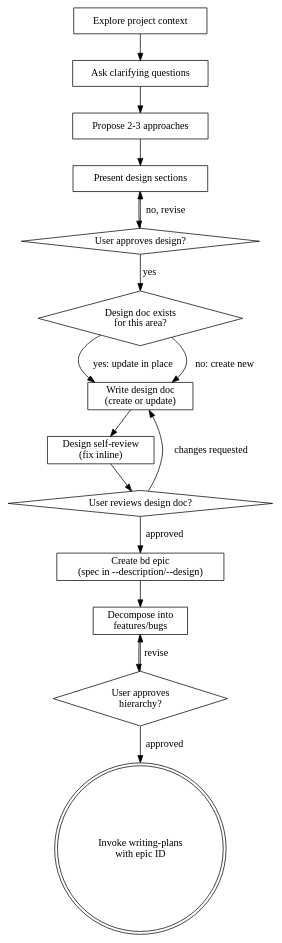
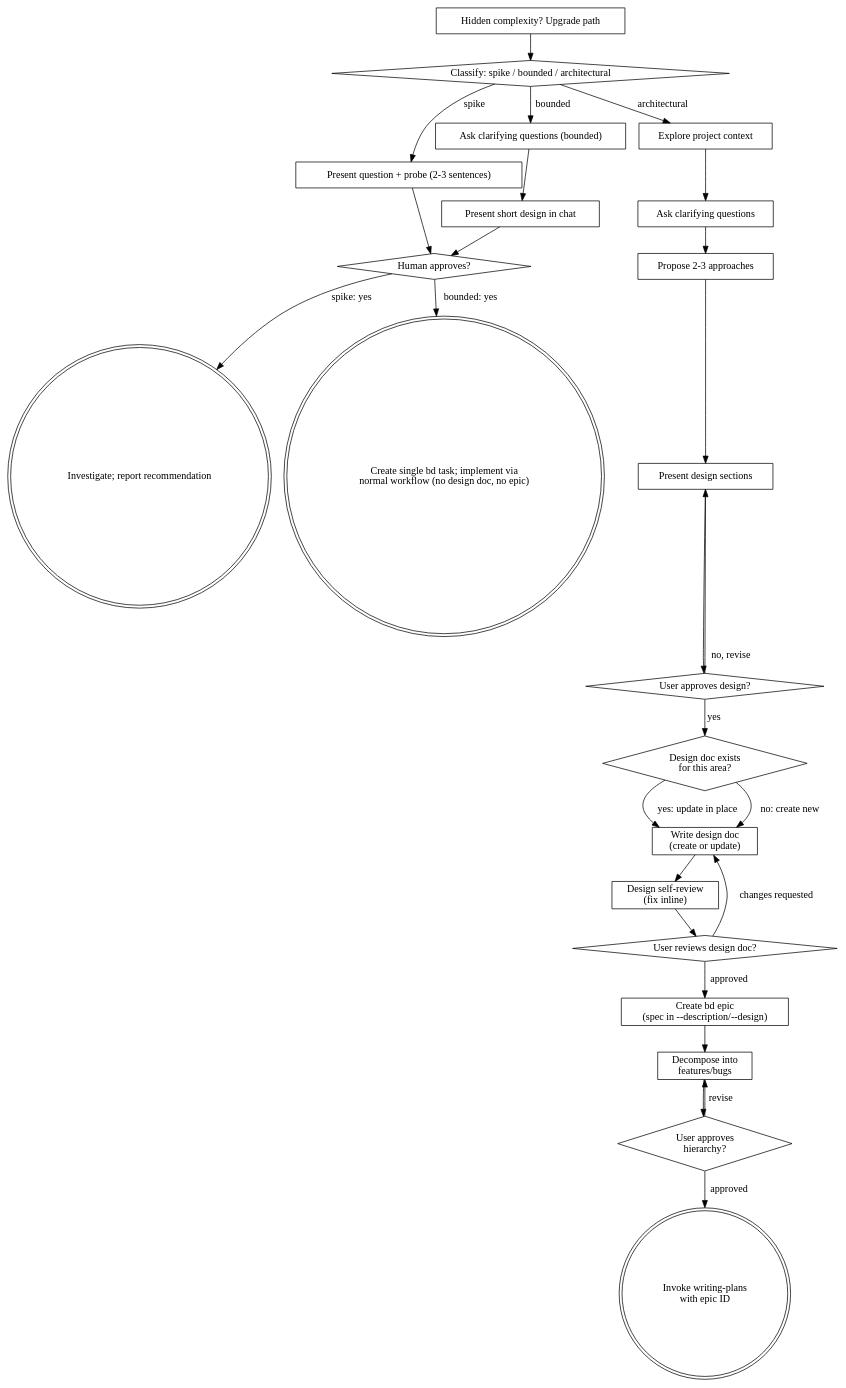
One commit to jwp23/joe-bag-of-tricks changed the diagram in plugins/joe-bag-of-tricks/skills/brainstorming/SKILL.md. Above: the diagram before and after it, drawn with Graphviz. The commit also changed other lines of this file and 12 other files, not shown here.

````diff
--- a/plugins/joe-bag-of-tricks/skills/brainstorming/SKILL.md
+++ b/plugins/joe-bag-of-tricks/skills/brainstorming/SKILL.md
@@ -56,34 +130,51 @@
 ```dot
 digraph brainstorming {
+    "Classify: spike / bounded / architectural" [shape=diamond];
+    "Present question + probe (2-3 sentences)" [shape=box];
+    "Ask clarifying questions (bounded)" [shape=box];
+    "Present short design in chat" [shape=box];
+    "Human approves?" [shape=diamond];
+    "Investigate; report recommendation" [shape=doublecircle];
+    "Create single bd task; implement via\nnormal workflow (no design doc, no epic)" [shape=doublecircle];
+    "Hidden complexity? Upgrade path" [shape=box];
     "Explore project context" [shape=box];
     "Ask clarifying questions" [shape=box];
     "Propose 2-3 approaches" [shape=box];
     "Present design sections" [shape=box];
     "User approves design?" [shape=diamond];
     "Design doc exists\nfor this area?" [shape=diamond];
     "Write design doc\n(create or update)" [shape=box];
     "Design self-review\n(fix inline)" [shape=box];
     "User reviews design doc?" [shape=diamond];
     "Create bd epic\n(spec in --description/--design)" [shape=box];
     "Decompose into\nfeatures/bugs" [shape=box];
     "User approves\nhierarchy?" [shape=diamond];
     "Invoke writing-plans\nwith epic ID" [shape=doublecircle];
 
+    "Classify: spike / bounded / architectural" -> "Present question + probe (2-3 sentences)" [label="spike"];
+    "Classify: spike / bounded / architectural" -> "Ask clarifying questions (bounded)" [label="bounded"];
+    "Classify: spike / bounded / architectural" -> "Explore project context" [label="architectural"];
+    "Present question + probe (2-3 sentences)" -> "Human approves?";
+    "Ask clarifying questions (bounded)" -> "Present short design in chat";
+    "Present short design in chat" -> "Human approves?";
+    "Human approves?" -> "Investigate; report recommendation" [label="spike: yes"];
+    "Human approves?" -> "Create single bd task; implement via\nnormal workflow (no design doc, no epic)" [label="bounded: yes"];
+    "Hidden complexity? Upgrade path" -> "Classify: spike / bounded / architectural";
     "Explore project context" -> "Ask clarifying questions";
     "Ask clarifying questions" -> "Propose 2-3 approaches";
     "Propose 2-3 approaches" -> "Present design sections";
     "Present design sections" -> "User approves design?";
     "User approves design?" -> "Present design sections" [label="no, revise"];
     "User approves design?" -> "Design doc exists\nfor this area?" [label="yes"];
     "Design doc exists\nfor this area?" -> "Write design doc\n(create or update)" [label="yes: update in place"];
     "Design doc exists\nfor this area?" -> "Write design doc\n(create or update)" [label="no: create new"];
     "Write design doc\n(create or update)" -> "Design self-review\n(fix inline)";
     "Design self-review\n(fix inline)" -> "User reviews design doc?";
     "User reviews design doc?" -> "Write design doc\n(create or update)" [label="changes requested"];
     "User reviews design doc?" -> "Create bd epic\n(spec in --description/--design)" [label="approved"];
     "Create bd epic\n(spec in --description/--design)" -> "Decompose into\nfeatures/bugs";
     "Decompose into\nfeatures/bugs" -> "User approves\nhierarchy?";
     "User approves\nhierarchy?" -> "Decompose into\nfeatures/bugs" [label="revise"];
     "User approves\nhierarchy?" -> "Invoke writing-plans\nwith epic ID" [label="approved"];
 }
 ```
````
